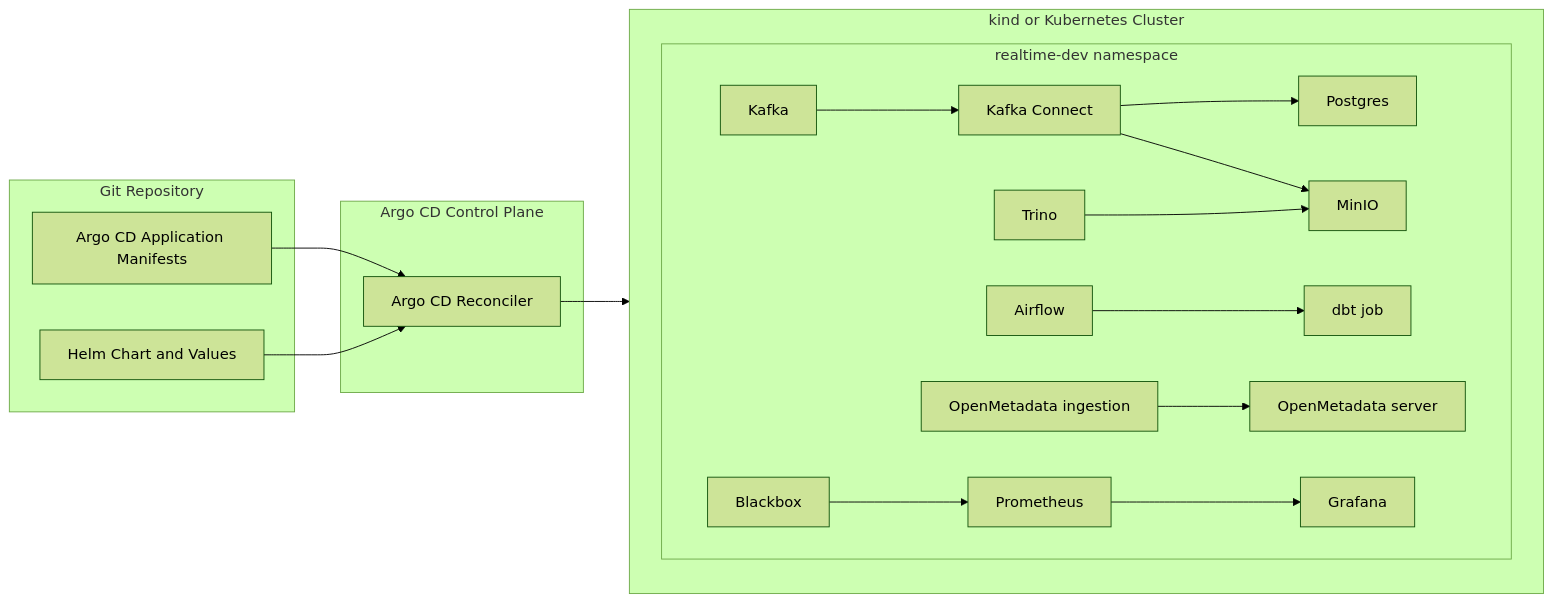
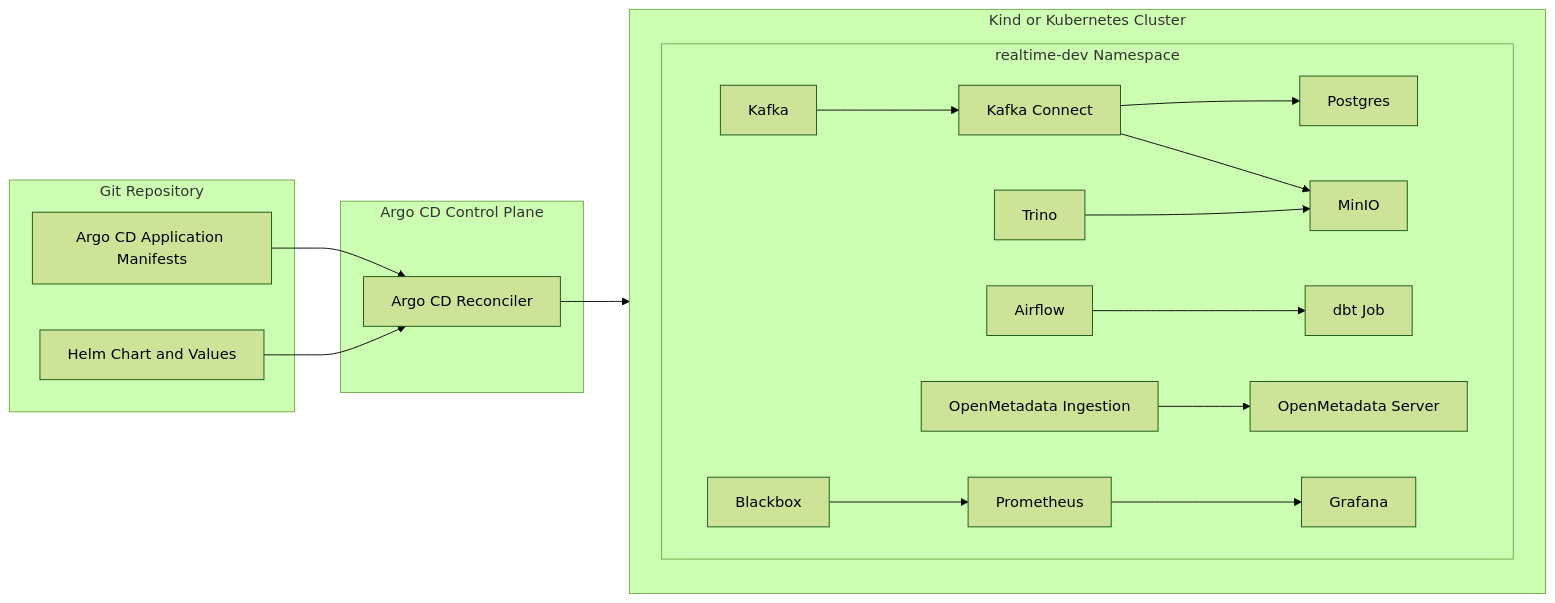
Before and after one commit to paulchen8206/Full-Stack-Modern-Data-Architecture-and-Engineering: the seventh of 9 diagrams in docs/architecture.md, drawn with Mermaid (forest theme). The commit also changed other lines of this file and 122 other files, not shown here.

````diff
--- a/docs/architecture.md
+++ b/docs/architecture.md
@@ -713,40 +713,40 @@
 ```mermaid
 flowchart LR
   subgraph Git[Git Repository]
     CH[Helm Chart and Values]
     APP[Argo CD Application Manifests]
   end
 
   subgraph Argo[Argo CD Control Plane]
     ARGO[Argo CD Reconciler]
   end
 
-  subgraph K8S[kind or Kubernetes Cluster]
-    subgraph NS[realtime-dev namespace]
+  subgraph K8S[Kind or Kubernetes Cluster]
+    subgraph NS[realtime-dev Namespace]
       KAFKA[Kafka]
       CONNECT[Kafka Connect]
       TRINO[Trino]
       POSTGRES[Postgres]
       MINIO[MinIO]
       AIRFLOW[Airflow]
-      DBT[dbt job]
-      OPM[OpenMetadata server]
-      OMI[OpenMetadata ingestion]
+      DBT[dbt Job]
+      OPM[OpenMetadata Server]
+      OMI[OpenMetadata Ingestion]
       PROM[Prometheus]
       GRAF[Grafana]
       BBX[Blackbox]
     end
   end
 
   APP --> ARGO
   CH --> ARGO
   ARGO --> K8S
   KAFKA --> CONNECT
   CONNECT --> POSTGRES
   CONNECT --> MINIO
   TRINO --> MINIO
   AIRFLOW --> DBT
   OMI --> OPM
   PROM --> GRAF
   BBX --> PROM
 ```
````
